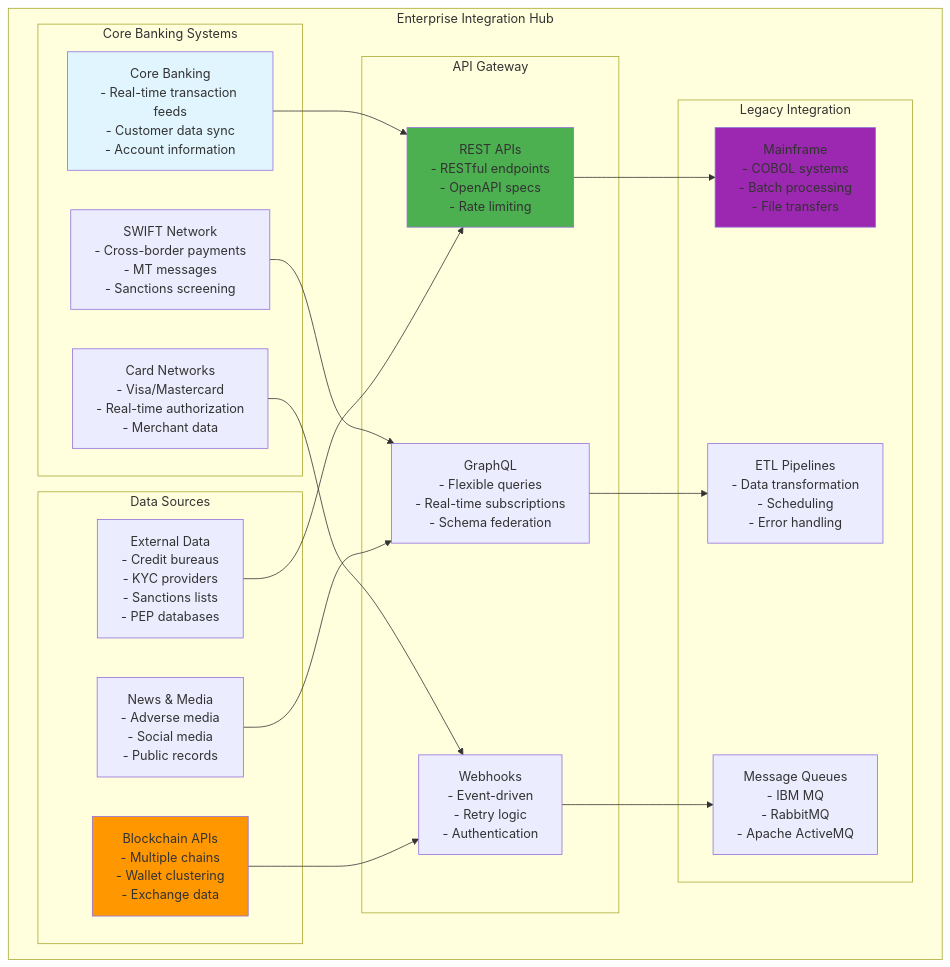
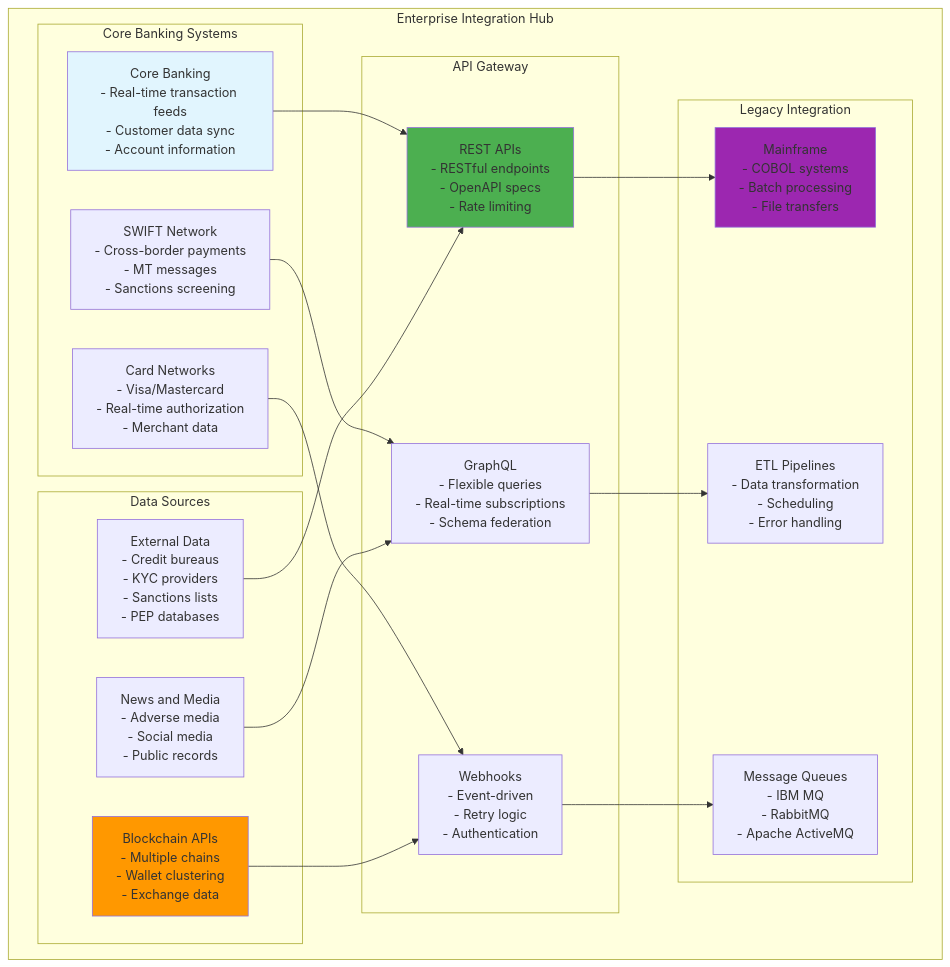
One commit to gregorizeidler-cw/LavandowskI-Chatbot changed diagram 12 of 12 in README.md. Above: the diagram before and after it, drawn with Mermaid. The commit also changed other lines of this file, not shown here.

````diff
--- a/README.md
+++ b/README.md
@@ -1513,45 +1513,45 @@
 ```mermaid
 graph TB
-    subgraph " Enterprise Integration Hub"
-        subgraph " Core Banking Systems"
+    subgraph "Enterprise Integration Hub"
+        subgraph "Core Banking Systems"
             CBS[Core Banking<br/>- Real-time transaction feeds<br/>- Customer data sync<br/>- Account information]
             SWIFT[SWIFT Network<br/>- Cross-border payments<br/>- MT messages<br/>- Sanctions screening]
             CARD[Card Networks<br/>- Visa/Mastercard<br/>- Real-time authorization<br/>- Merchant data]
         end
         
-        subgraph " Data Sources"
+        subgraph "Data Sources"
             EXTERNAL[External Data<br/>- Credit bureaus<br/>- KYC providers<br/>- Sanctions lists<br/>- PEP databases]
-            NEWS[News & Media<br/>- Adverse media<br/>- Social media<br/>- Public records]
+            NEWS[News and Media<br/>- Adverse media<br/>- Social media<br/>- Public records]
             BLOCKCHAIN[Blockchain APIs<br/>- Multiple chains<br/>- Wallet clustering<br/>- Exchange data]
         end
         
-        subgraph " API Gateway"
+        subgraph "API Gateway"
             REST[REST APIs<br/>- RESTful endpoints<br/>- OpenAPI specs<br/>- Rate limiting]
             GRAPHQL[GraphQL<br/>- Flexible queries<br/>- Real-time subscriptions<br/>- Schema federation]
             WEBHOOK[Webhooks<br/>- Event-driven<br/>- Retry logic<br/>- Authentication]
         end
         
-        subgraph " Legacy Integration"
+        subgraph "Legacy Integration"
             MAINFRAME[Mainframe<br/>- COBOL systems<br/>- Batch processing<br/>- File transfers]
             ETL[ETL Pipelines<br/>- Data transformation<br/>- Scheduling<br/>- Error handling]
             MESSAGE[Message Queues<br/>- IBM MQ<br/>- RabbitMQ<br/>- Apache ActiveMQ]
         end
     end
     
     CBS --> REST
     SWIFT --> GRAPHQL
     CARD --> WEBHOOK
     
     EXTERNAL --> REST
     NEWS --> GRAPHQL
     BLOCKCHAIN --> WEBHOOK
     
     REST --> MAINFRAME
     GRAPHQL --> ETL
     WEBHOOK --> MESSAGE
     
     style CBS fill:#e1f5fe
     style BLOCKCHAIN fill:#ff9800
     style REST fill:#4caf50
     style MAINFRAME fill:#9c27b0
 ```
````
